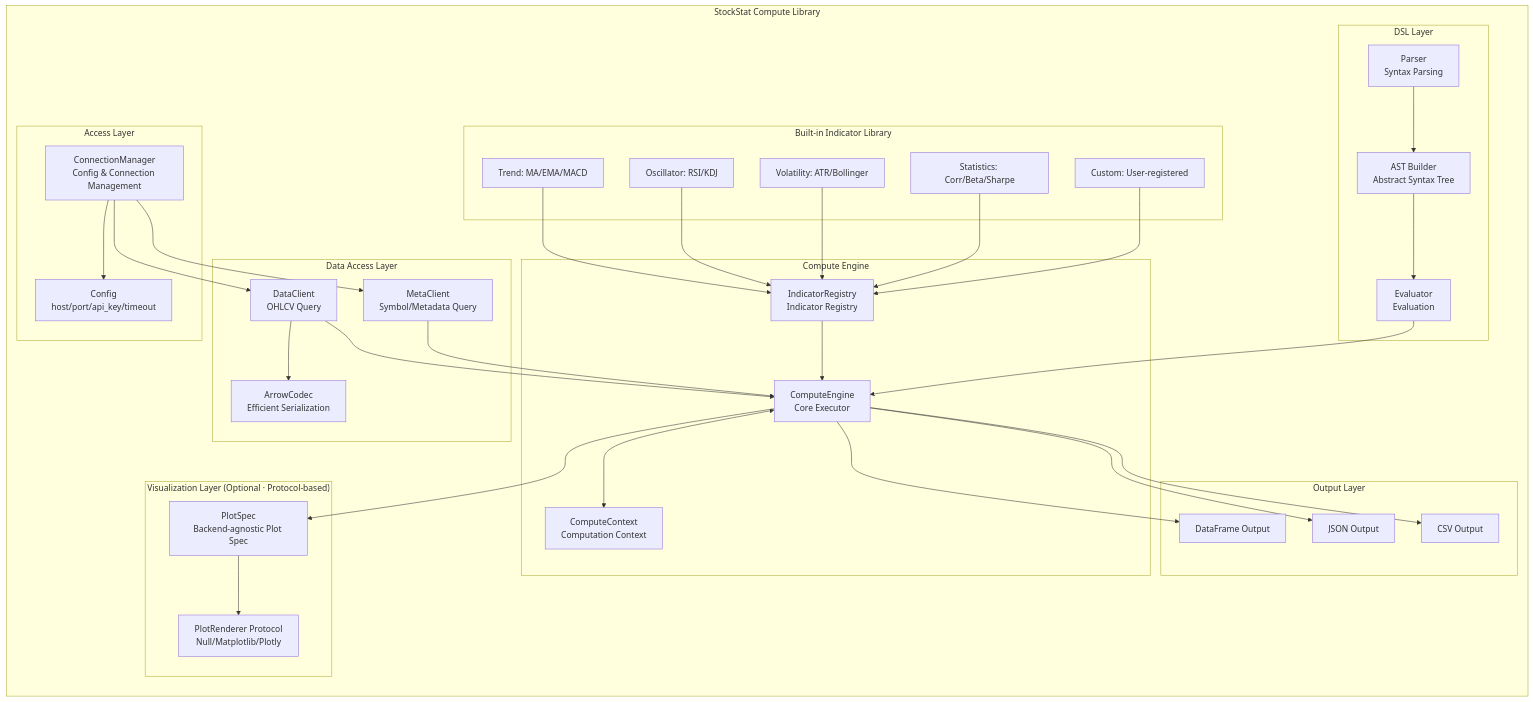
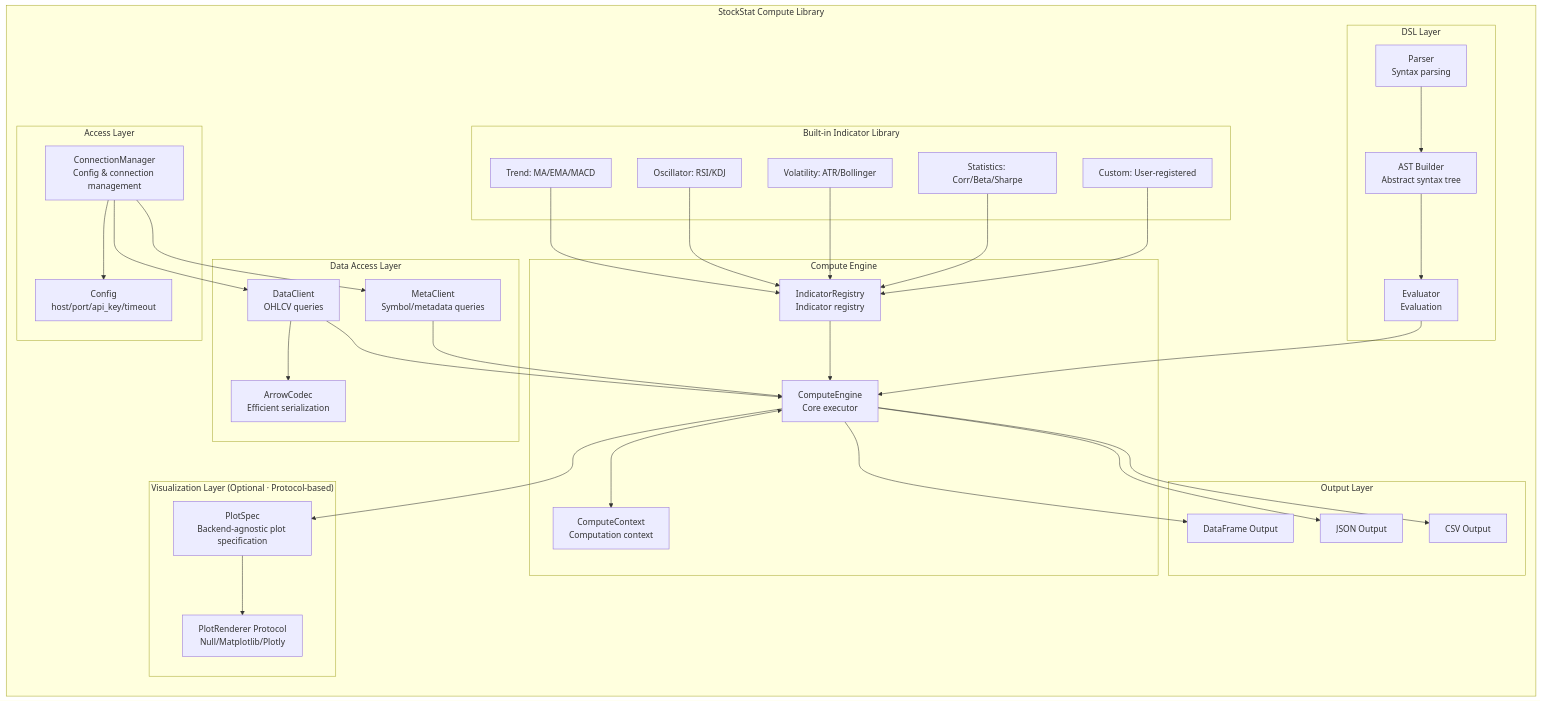
One commit to RESBI/StockStatistic changed diagram 11 of 23 in DESIGN.md. Above: the diagram before and after it, drawn with Mermaid. The commit also changed other lines of this file, not shown here.

````diff
--- a/DESIGN.md
+++ b/DESIGN.md
@@ -521,59 +536,59 @@
 ```mermaid
 graph TB
     subgraph "StockStat Compute Library"
         direction TB
         
         subgraph "Access Layer"
-            CM["ConnectionManager<br/>Config & Connection Management"]
-            CFG["Config<br/>host/port/api_key/timeout"]
+            CM[ConnectionManager<br/>Config & connection management]
+            CFG[Config<br/>host/port/api_key/timeout]
         end
         
         subgraph "Data Access Layer"
-            DC["DataClient<br/>OHLCV Query"]
-            MC["MetaClient<br/>Symbol/Metadata Query"]
-            AR["ArrowCodec<br/>Efficient Serialization"]
+            DC[DataClient<br/>OHLCV queries]
+            MC[MetaClient<br/>Symbol/metadata queries]
+            AR[ArrowCodec<br/>Efficient serialization]
         end
         
         subgraph "Compute Engine"
-            EN["ComputeEngine<br/>Core Executor"]
-            CTX["ComputeContext<br/>Computation Context"]
-            REG["IndicatorRegistry<br/>Indicator Registry"]
+            EN[ComputeEngine<br/>Core executor]
+            CTX[ComputeContext<br/>Computation context]
+            REG[IndicatorRegistry<br/>Indicator registry]
         end
         
         subgraph "DSL Layer"
-            PARSER["Parser<br/>Syntax Parsing"]
-            AST["AST Builder<br/>Abstract Syntax Tree"]
-            EVAL["Evaluator<br/>Evaluation"]
+            PARSER[Parser<br/>Syntax parsing]
+            AST[AST Builder<br/>Abstract syntax tree]
+            EVAL[Evaluator<br/>Evaluation]
         end
         
         subgraph "Built-in Indicator Library"
-            I1["Trend: MA/EMA/MACD"]
-            I2["Oscillator: RSI/KDJ"]
-            I3["Volatility: ATR/Bollinger"]
-            I4["Statistics: Corr/Beta/Sharpe"]
-            I5["Custom: User-registered"]
+            I1[Trend: MA/EMA/MACD]
+            I2[Oscillator: RSI/KDJ]
+            I3[Volatility: ATR/Bollinger]
+            I4[Statistics: Corr/Beta/Sharpe]
+            I5[Custom: User-registered]
         end
         
         subgraph "Output Layer"
-            DF["DataFrame Output"]
-            JSON["JSON Output"]
-            CSV["CSV Output"]
+            DF[DataFrame Output]
+            JSON[JSON Output]
+            CSV[CSV Output]
         end
         
         subgraph "Visualization Layer (Optional · Protocol-based)"
-            PS["PlotSpec<br/>Backend-agnostic Plot Spec"]
-            PR["PlotRenderer Protocol<br/>Null/Matplotlib/Plotly"]
+            PS[PlotSpec<br/>Backend-agnostic plot specification]
+            PR[PlotRenderer Protocol<br/>Null/Matplotlib/Plotly]
         end
         
         CM --> CFG
         CM --> DC & MC
         DC --> AR
         DC & MC --> EN
         EN <--> CTX
         REG --> EN
         PARSER --> AST --> EVAL --> EN
         I1 & I2 & I3 & I4 & I5 --> REG
         EN --> DF & JSON & CSV
         EN --> PS --> PR
     end
 ```
````
